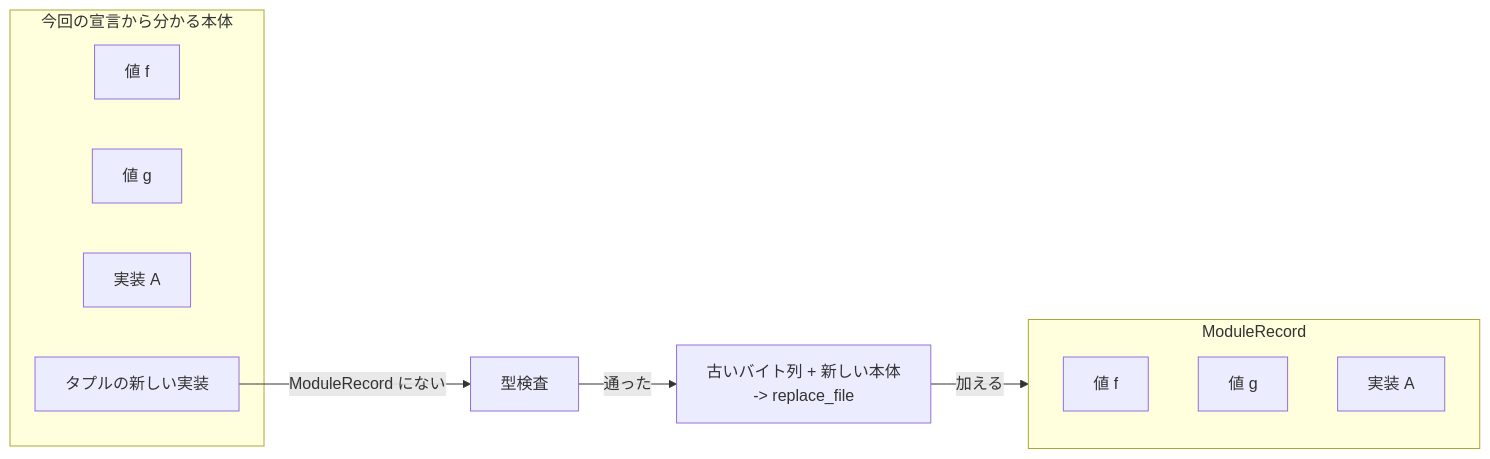
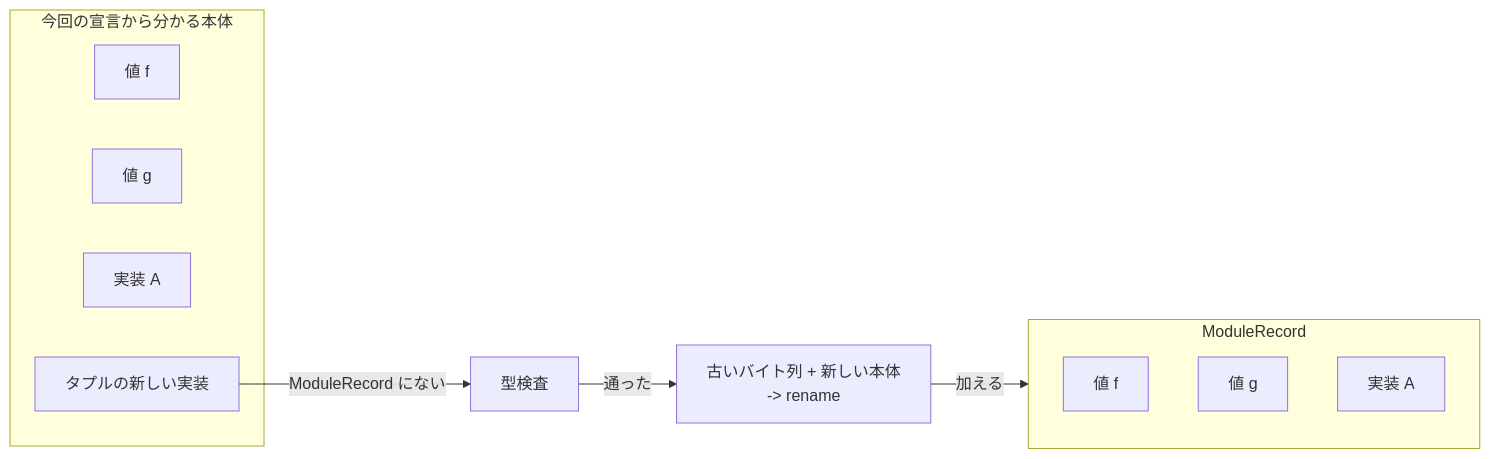
One commit to tttmmmyyyy/fixlang changed the second of 2 diagrams in dev-docs/2026-11-03-split-decl-body/README.md. Above: the diagram before and after it, drawn with Mermaid. The commit also changed other lines of this file and 2 other files, not shown here.

Commit message:
refactor-scope: check a held body in the mapping of the file it came from, and map a module file into one shape
The writer keeps the mapping of the file it replaces and reads a held body there, instead of
reading back the bytes it just copied out of it. map_record hands out the record with a
MappedModuleFile, the shape ModuleFileWriter::finish hands out. A test message and the design
document no longer describe what the reads stopped relying on, and the document names the
rename the writer does.

Claude-Session: https://claude.ai/code/session_01J9vcL2BP1KFzoTMSuCGj5b

````diff
--- a/dev-docs/2026-11-03-split-decl-body/README.md
+++ b/dev-docs/2026-11-03-split-decl-body/README.md
@@ -163,17 +163,17 @@
 ```mermaid
 flowchart LR
     subgraph now[今回の宣言から分かる本体]
         f1[値 f]
         g1[値 g]
         a1[実装 A]
         n1[タプルの新しい実装]
     end
     subgraph passed[ModuleRecord]
         f2[値 f]
         g2[値 g]
         a2[実装 A]
     end
     n1 -- ModuleRecord にない --> tc[型検査]
-    tc -- 通った --> w["古いバイト列 + 新しい本体<br/>-> replace_file"]
+    tc -- 通った --> w["古いバイト列 + 新しい本体<br/>-> rename"]
     w -- 加える --> passed
 ```
````
